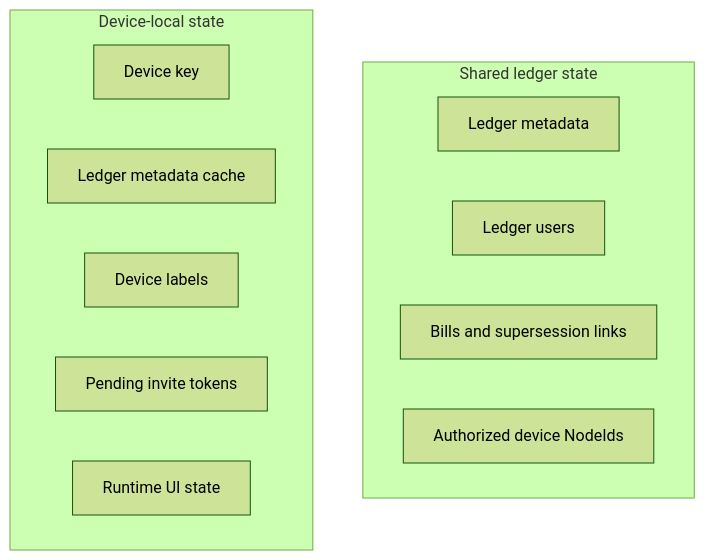
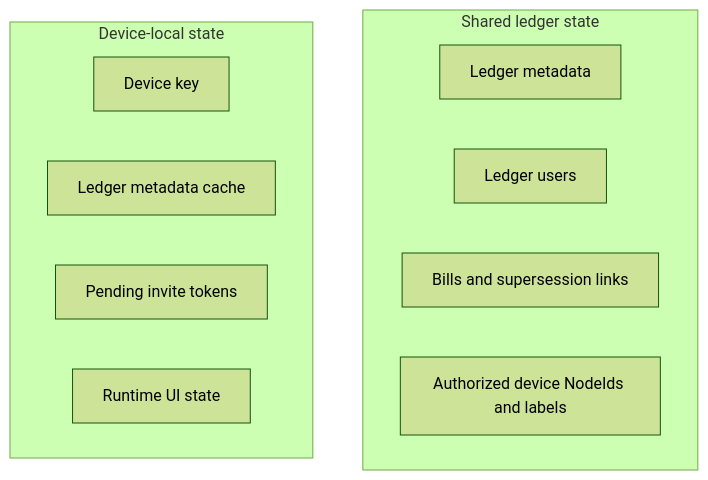
One commit to unbill-project/unbill changed the diagram in .sirno/lake/shared-and-local-state.md. Above: the diagram before and after it, drawn with Mermaid (forest theme). The commit also changed other lines of this file and 70 other files, not shown here.

Commit message:
feat: store device labels in ledger documents

````diff
--- a/.sirno/lake/shared-and-local-state.md
+++ b/.sirno/lake/shared-and-local-state.md
@@ -35,17 +34,16 @@
 ```mermaid
 flowchart TB
     subgraph Shared["Shared ledger state"]
         Ledger["Ledger metadata"]
         Users["Ledger users"]
         Bills["Bills and supersession links"]
-        Devices["Authorized device NodeIds"]
+        Devices["Authorized device NodeIds and labels"]
     end
 
     subgraph Local["Device-local state"]
         Key["Device key"]
         MetaCache["Ledger metadata cache"]
-        Labels["Device labels"]
         Pending["Pending invite tokens"]
         Ui["Runtime UI state"]
     end
 ```
````
